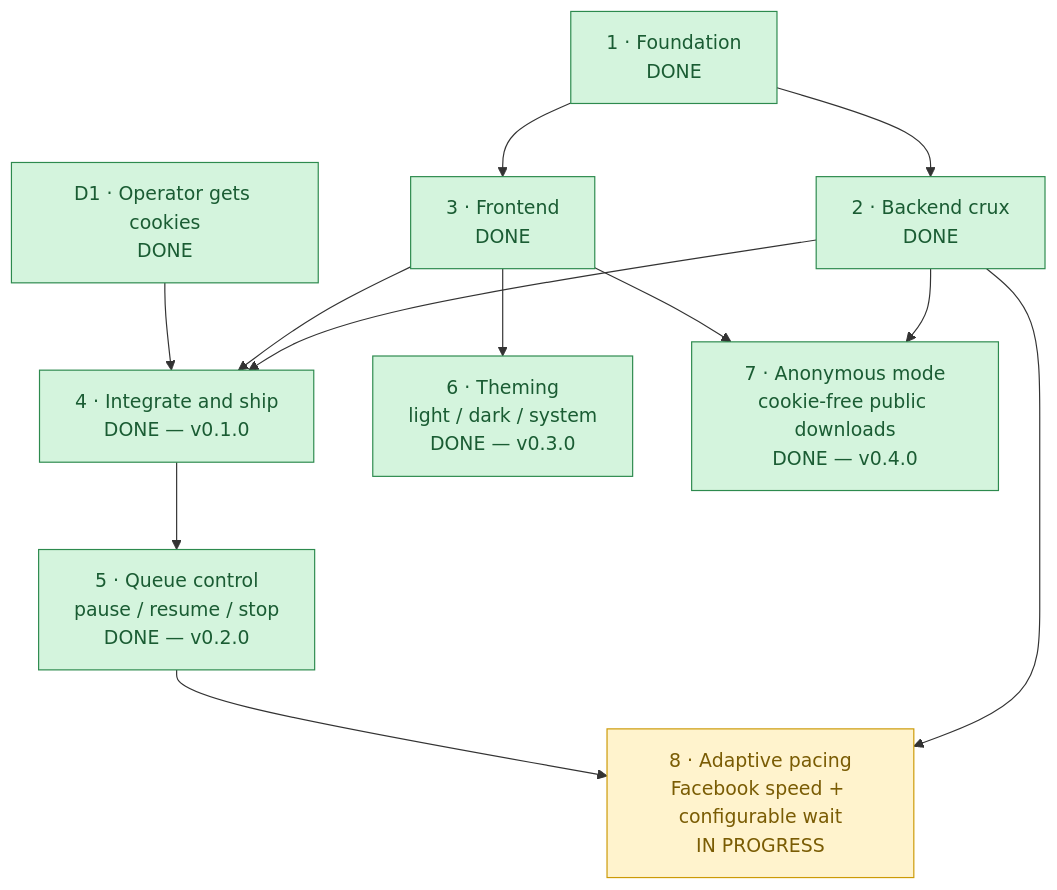
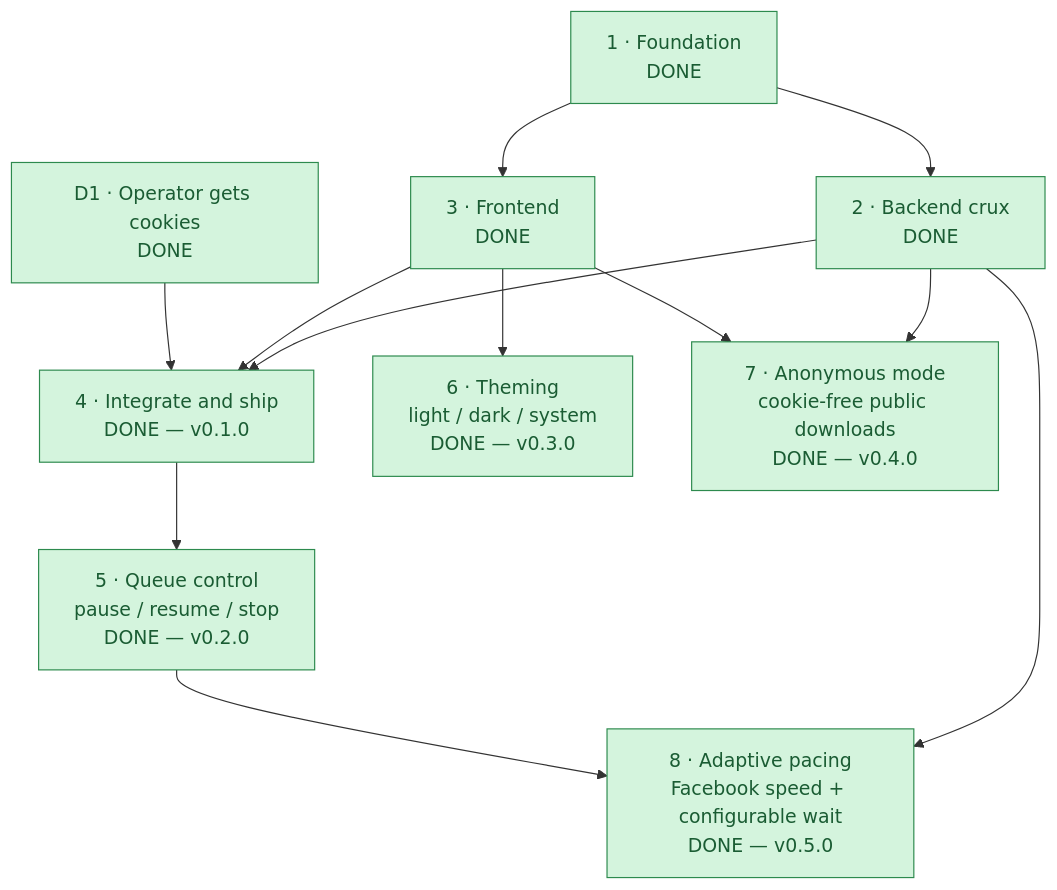
Before and after one commit to lumduan/gallery-dl-web: the diagram in ROADMAP.md, drawn with Mermaid. The commit also changed other lines of this file and 6 other files, not shown here.

````diff
--- a/ROADMAP.md
+++ b/ROADMAP.md
@@ -8,28 +8,28 @@
 ```mermaid
 flowchart TD
     P1["1 · Foundation<br/>DONE"] --> P2["2 · Backend crux<br/>DONE"]
     P1 --> P3["3 · Frontend<br/>DONE"]
     P2 --> P4["4 · Integrate and ship<br/>DONE — v0.1.0"]
     P3 --> P4
     D1["D1 · Operator gets cookies<br/>DONE"] --> P4
     P4 --> P5["5 · Queue control<br/>pause / resume / stop<br/>DONE — v0.2.0"]
     P3 --> P6["6 · Theming<br/>light / dark / system<br/>DONE — v0.3.0"]
     P2 --> P7["7 · Anonymous mode<br/>cookie-free public downloads<br/>DONE — v0.4.0"]
     P3 --> P7
-    P2 --> P8["8 · Adaptive pacing<br/>Facebook speed + configurable wait<br/>IN PROGRESS"]
+    P2 --> P8["8 · Adaptive pacing<br/>Facebook speed + configurable wait<br/>DONE — v0.5.0"]
     P5 --> P8
 
     classDef done     fill:#d4f4dd,stroke:#2d8a4e,color:#1a5c33
     classDef active   fill:#fff3cd,stroke:#cc9a06,color:#7a5c04
     classDef decision fill:#fde0e0,stroke:#d05555,color:#8f2e2e
 
     class P1 done
     class P2 done
     class P3 done
     class P4 done
     class P5 done
     class P6 done
     class D1 done
     class P7 done
-    class P8 active
+    class P8 done
 ```
````
